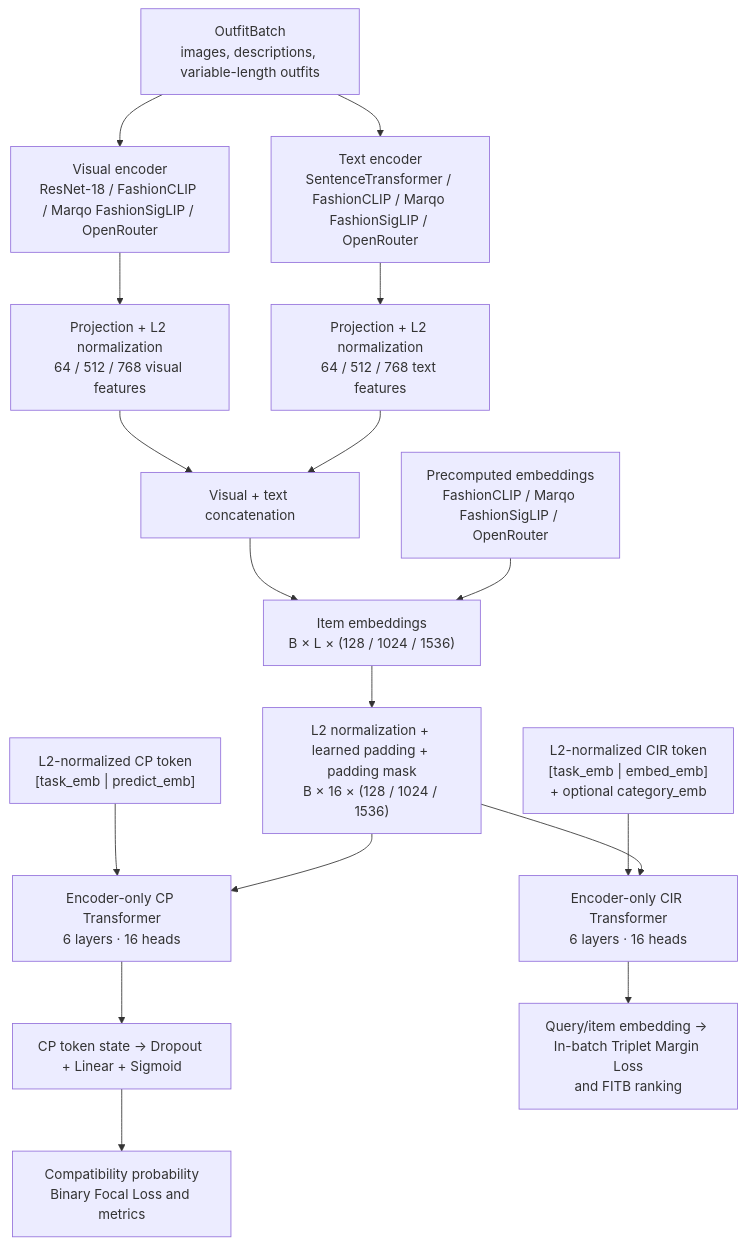
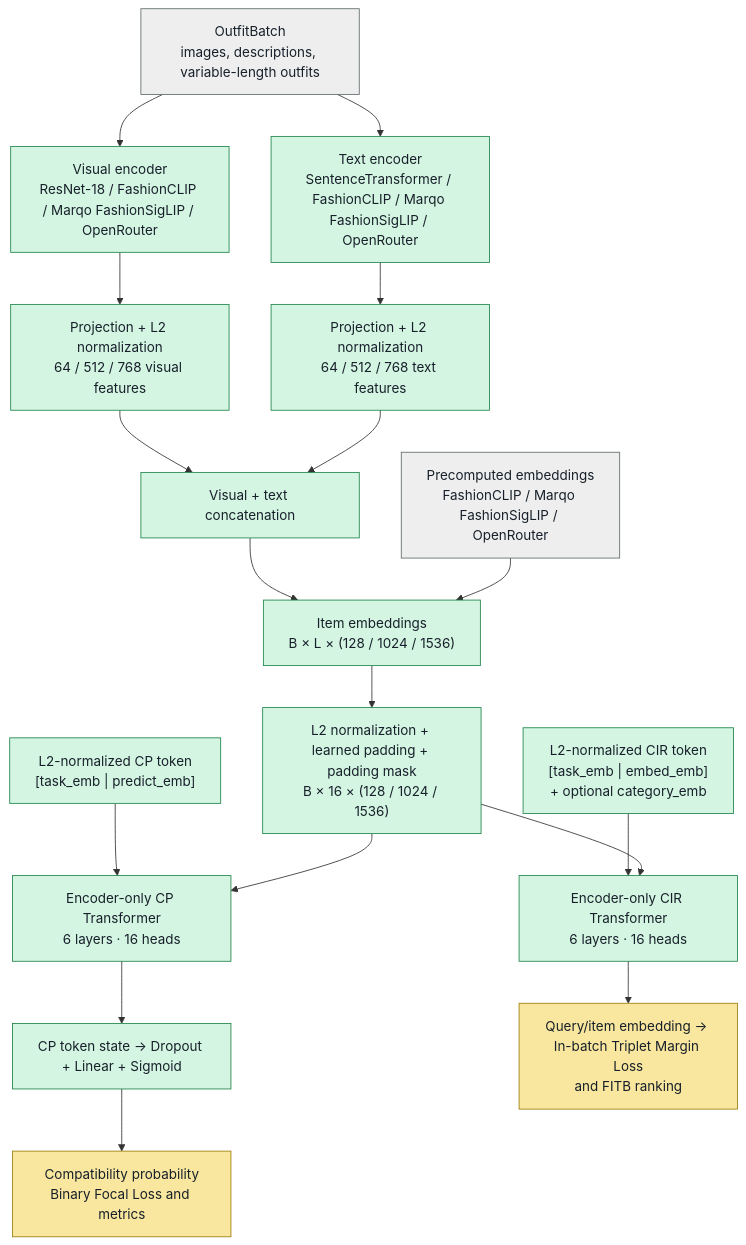
The first of 2 diagrams in README.md (FlorindoDev/OutfitTransformer), drawn with Mermaid before and after one commit. The commit also changed other lines of this file, not shown here.

````diff
--- a/README.md
+++ b/README.md
@@ -92,26 +92,34 @@
 ```mermaid
 flowchart TD
     A["OutfitBatch<br/>images, descriptions, variable-length outfits"]
 
     A --> B["Visual encoder<br/>ResNet-18 / FashionCLIP / Marqo FashionSigLIP / OpenRouter"]
     A --> C["Text encoder<br/>SentenceTransformer / FashionCLIP / Marqo FashionSigLIP / OpenRouter"]
 
     B --> D["Projection + L2 normalization<br/>64 / 512 / 768 visual features"]
     C --> E["Projection + L2 normalization<br/>64 / 512 / 768 text features"]
 
     D --> F["Visual + text concatenation"]
     E --> F
 
     F --> G["Item embeddings<br/>B × L × (128 / 1024 / 1536)"]
     P["Precomputed embeddings<br/>FashionCLIP / Marqo FashionSigLIP / OpenRouter"] --> G
     G --> H["L2 normalization + learned padding + padding mask<br/>B × 16 × (128 / 1024 / 1536)"]
 
     K["L2-normalized CP token<br/>[task_emb | predict_emb]"] --> L["Encoder-only CP Transformer<br/>6 layers · 16 heads"]
     H --> L
     L --> M["CP token state → Dropout + Linear + Sigmoid"]
     M --> N["Compatibility probability<br/>Binary Focal Loss and metrics"]
 
     O["L2-normalized CIR token<br/>[task_emb | embed_emb]<br/>+ optional category_emb"] --> Q["Encoder-only CIR Transformer<br/>6 layers · 16 heads"]
     H --> Q
     Q --> R["Query/item embedding → In-batch Triplet Margin Loss<br/>and FITB ranking"]
+
+    classDef processing fill:#d5f5e3,stroke:#1e8449,color:#17202a;
+    classDef input fill:#eeeeee,stroke:#616a6b,color:#17202a;
+    classDef loss fill:#f9e79f,stroke:#9a7d0a,color:#17202a;
+
+    class B,C,D,E,F,G,H,K,L,M,O,Q processing;
+    class A,P input;
+    class N,R loss;
 ```
````
